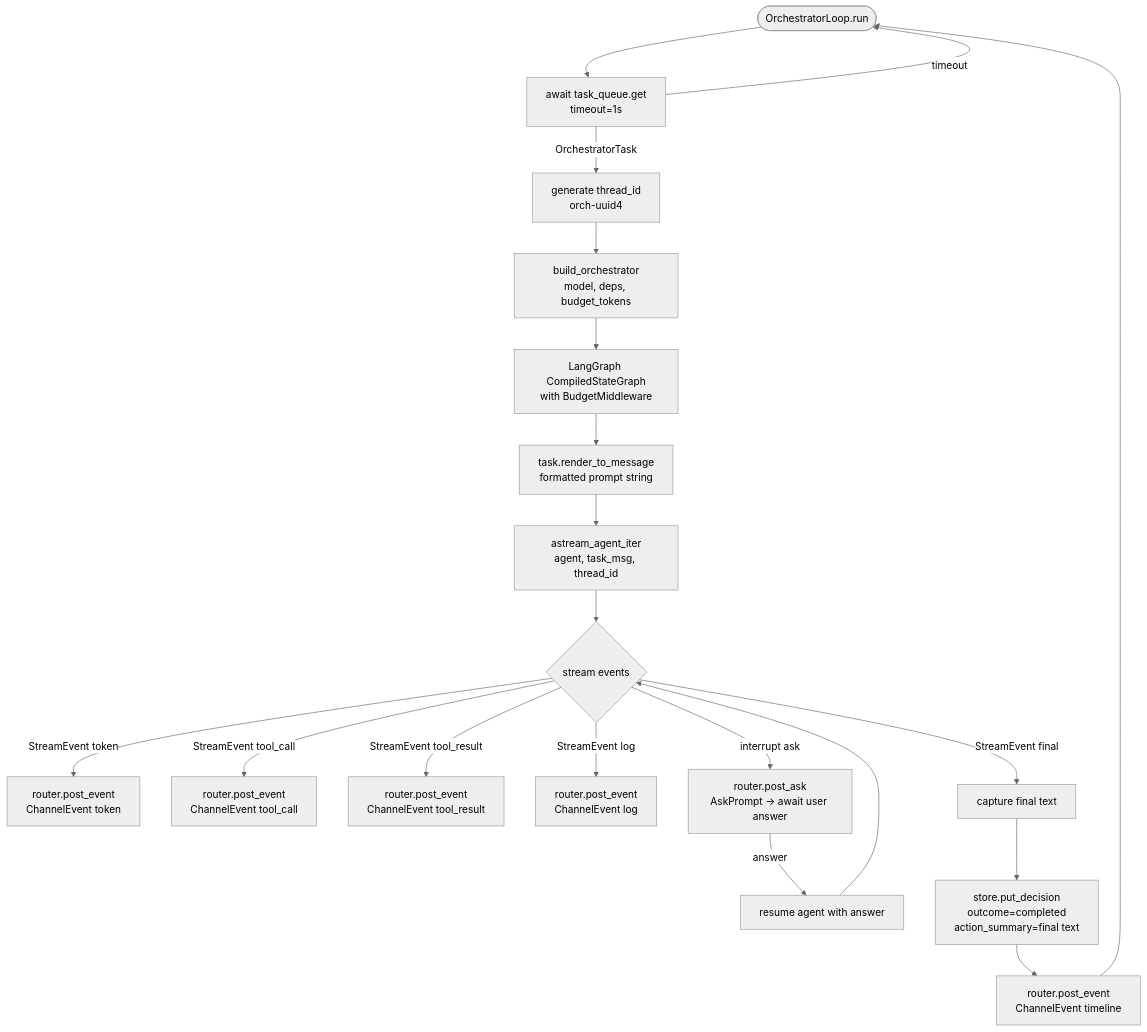
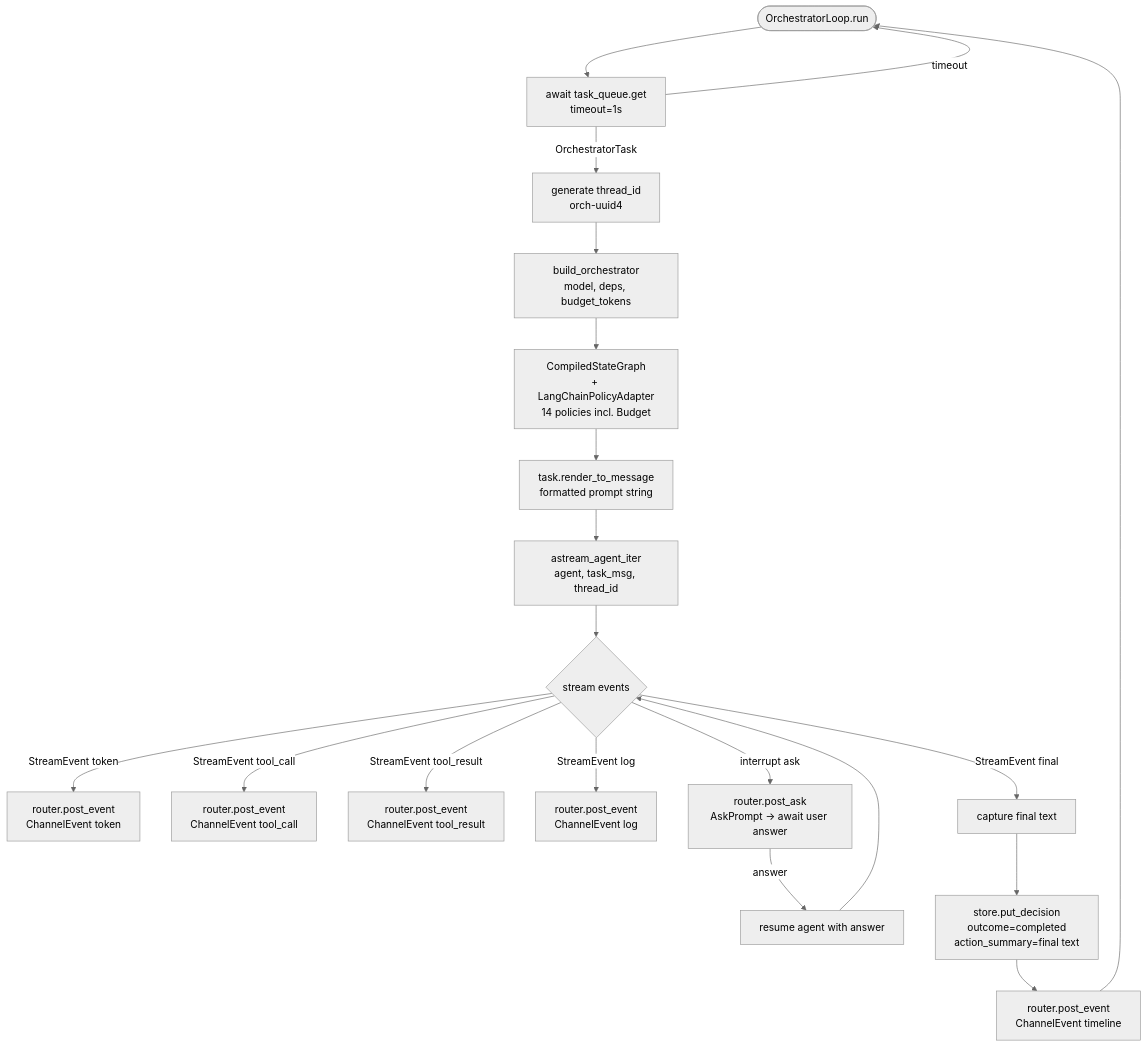
The sixth of 16 diagrams in DAEMON_ARCHITECTURE.md (Abhinav210310453045/YUYUTSAVA-backend), drawn with Mermaid (neutral theme) before and after one commit. The commit also changed other lines of this file and 233 other files, not shown here.

````diff
--- a/DAEMON_ARCHITECTURE.md
+++ b/DAEMON_ARCHITECTURE.md
@@ -217,26 +272,26 @@
 ```mermaid
 flowchart TD
     START([OrchestratorLoop.run]) --> GET[await task_queue.get\ntimeout=1s]
     GET -->|timeout| START
     GET -->|OrchestratorTask| THREAD[generate thread_id\norch-uuid4]
 
     THREAD --> BUILD[build_orchestrator\nmodel, deps, budget_tokens]
-    BUILD --> GRAPH[LangGraph CompiledStateGraph\nwith BudgetMiddleware]
+    BUILD --> GRAPH[CompiledStateGraph\n+ LangChainPolicyAdapter\n14 policies incl. Budget]
 
     GRAPH --> RENDER[task.render_to_message\nformatted prompt string]
     RENDER --> STREAM[astream_agent_iter\nagent, task_msg, thread_id]
 
     STREAM --> ITER{stream events}
     ITER -->|StreamEvent token| BROADCAST_T[router.post_event\nChannelEvent token]
     ITER -->|StreamEvent tool_call| BROADCAST_TC[router.post_event\nChannelEvent tool_call]
     ITER -->|StreamEvent tool_result| BROADCAST_TR[router.post_event\nChannelEvent tool_result]
     ITER -->|StreamEvent log| BROADCAST_L[router.post_event\nChannelEvent log]
     ITER -->|StreamEvent final| FINAL[capture final text]
     ITER -->|interrupt ask| ASK[router.post_ask\nAskPrompt → await user answer]
     ASK -->|answer| RESUME[resume agent with answer]
     RESUME --> ITER
 
     FINAL --> SAVE[store.put_decision\noutcome=completed\naction_summary=final text]
     SAVE --> TIMELINE[router.post_event\nChannelEvent timeline]
     TIMELINE --> START
 ```
````
